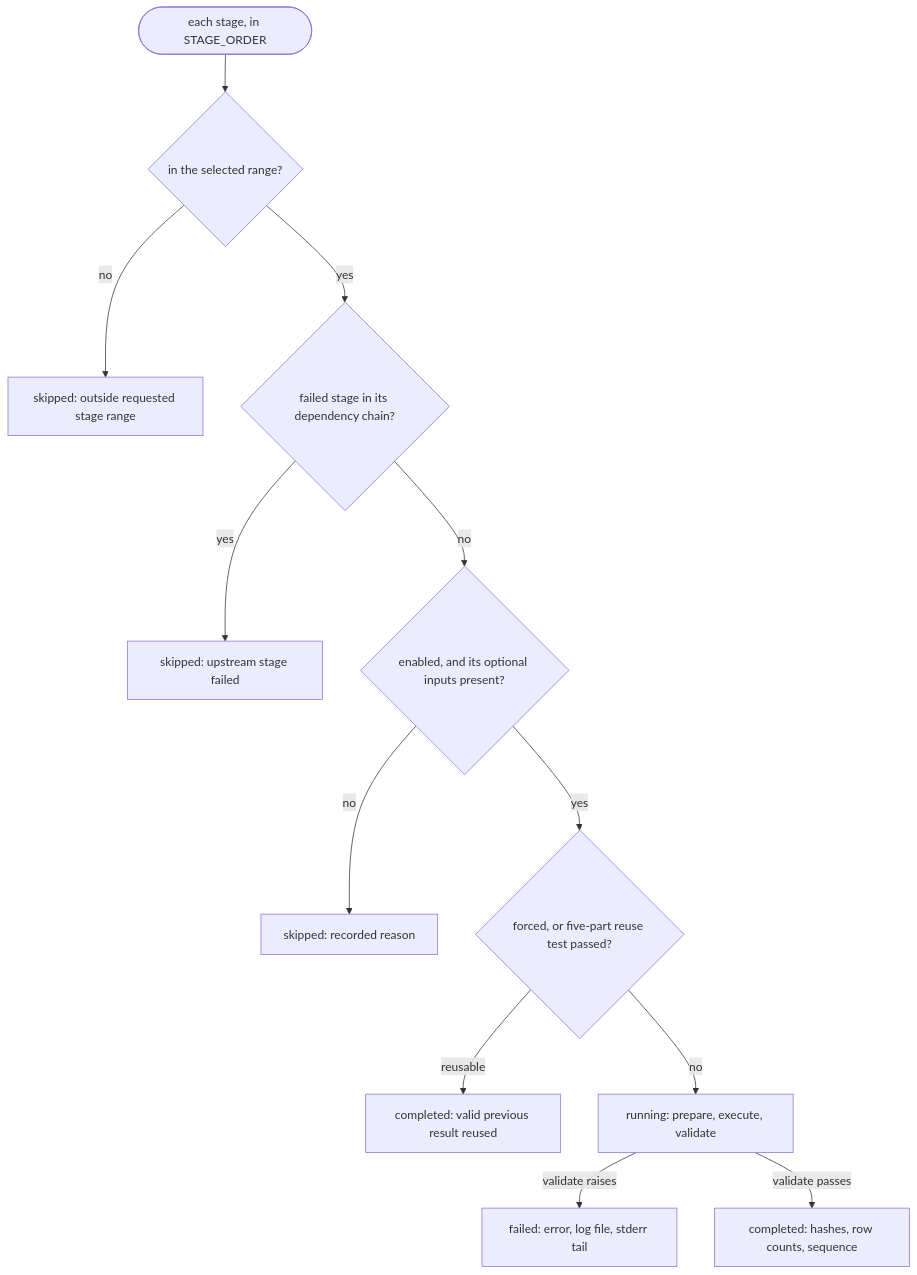
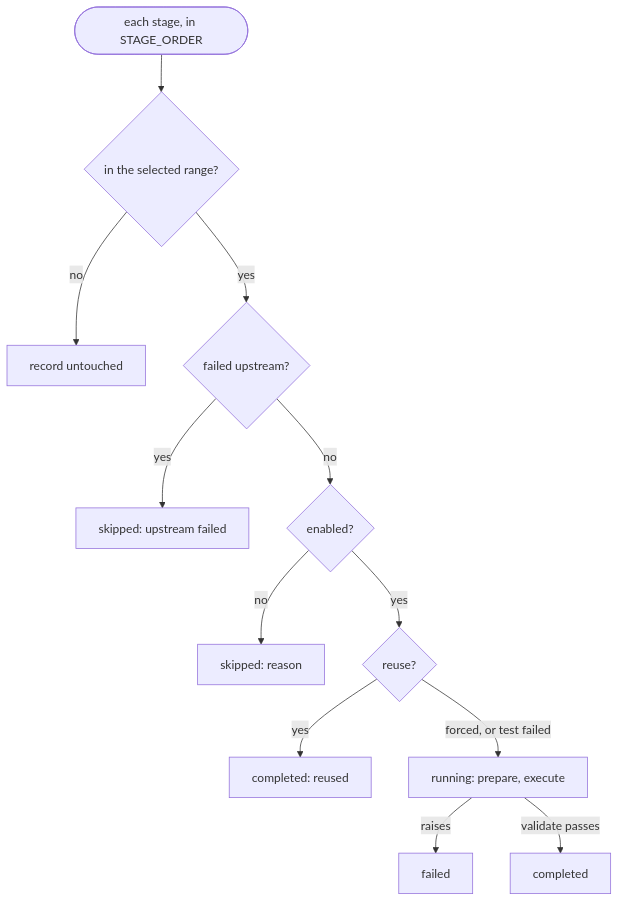
Before and after one commit to RaulKite/storytell-pipeline: the third of 4 diagrams in docs/architecture.md, drawn with Mermaid. The commit also changed other lines of this file and 4 other files, not shown here.

First line of the commit message:
docs: correct walkthrough scoping, diarizer joins and diagram edges after review

````diff
--- a/docs/architecture.md
+++ b/docs/architecture.md
@@ -115,14 +115,14 @@
 ```mermaid
 flowchart TD
     visit(["each stage, in STAGE_ORDER"]) --> range{"in the selected range?"}
-    range -- no --> outside["skipped: outside requested stage range"]
-    range -- yes --> poison{"failed stage in its dependency chain?"}
-    poison -- yes --> blocked["skipped: upstream stage failed"]
-    poison -- no --> able{"enabled, and its optional inputs present?"}
-    able -- no --> disabled["skipped: recorded reason"]
-    able -- yes --> reuse{"forced, or five-part reuse test passed?"}
-    reuse -- "reusable" --> kept["completed: valid previous result reused"]
-    reuse -- "no" --> running["running: prepare, execute, validate"]
-    running -- "validate raises" --> failed["failed: error, log file, stderr tail"]
-    running -- "validate passes" --> done["completed: hashes, row counts, sequence"]
+    range -- no --> outside["record untouched"]
+    range -- yes --> poison{"failed upstream?"}
+    poison -- yes --> blocked["skipped: upstream failed"]
+    poison -- no --> able{"enabled?"}
+    able -- no --> disabled["skipped: reason"]
+    able -- yes --> reuse{"reuse?"}
+    reuse -- yes --> kept["completed: reused"]
+    reuse -- "forced, or test failed" --> running["running: prepare, execute"]
+    running -- "raises" --> failed["failed"]
+    running -- "validate passes" --> done["completed"]
 ```
````
